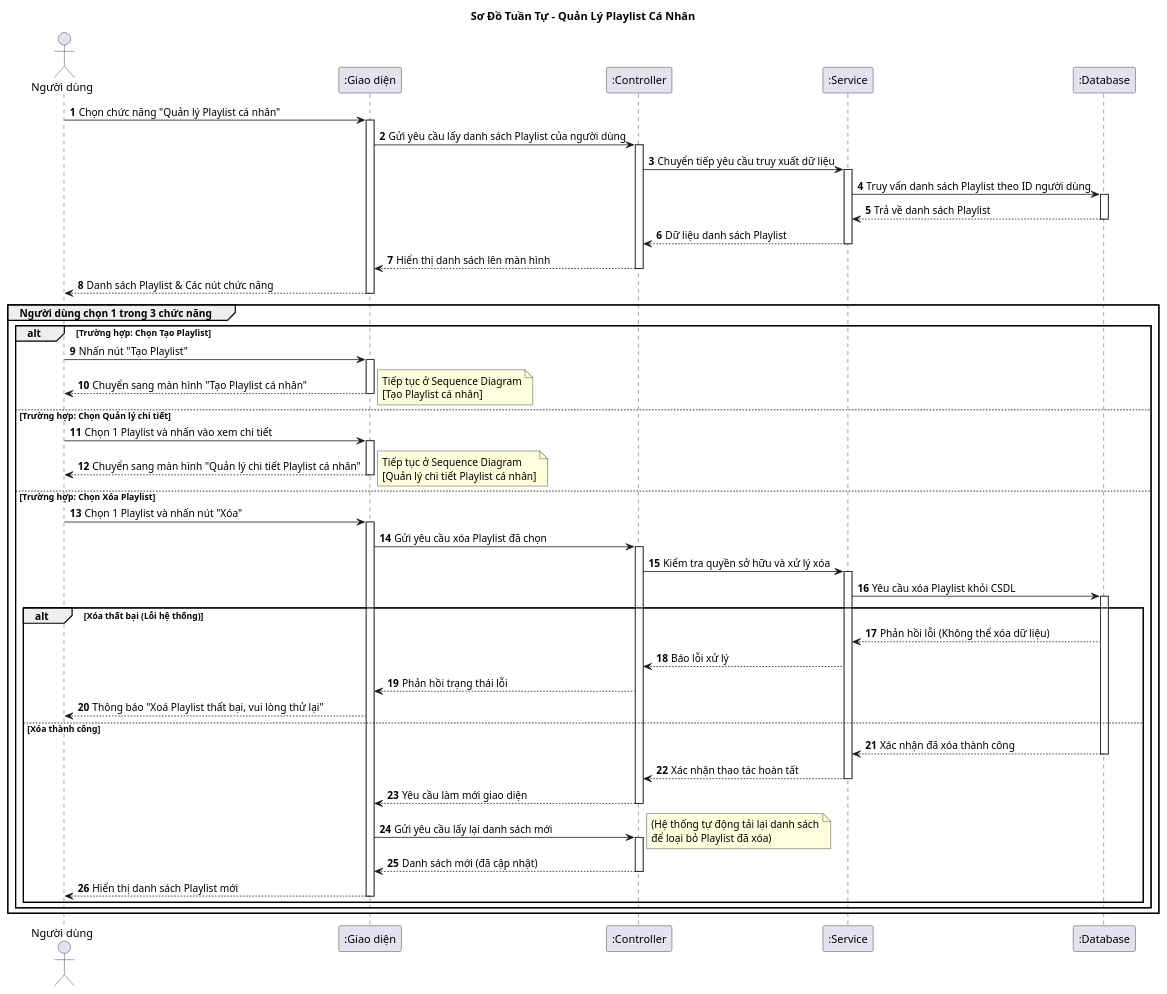
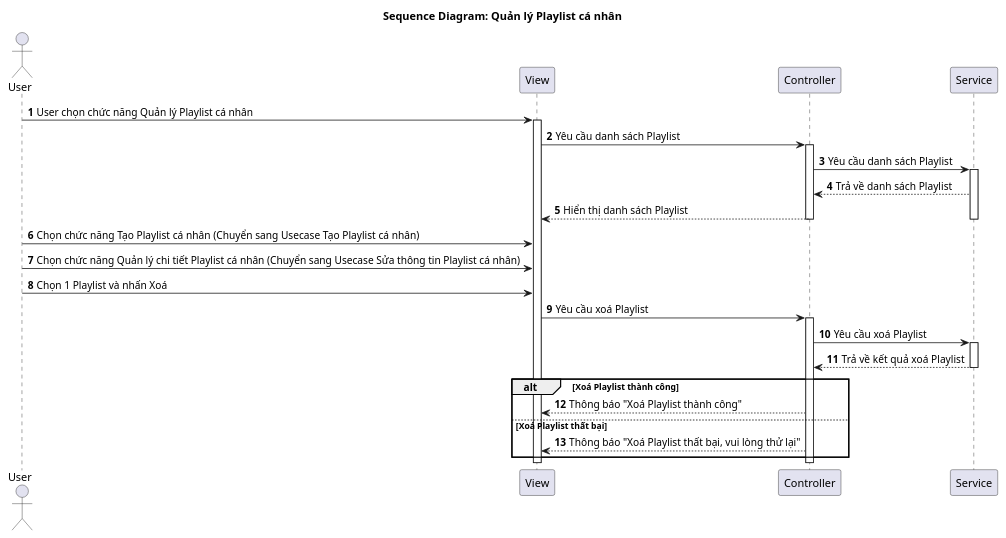
One commit to vinh047/soundwave changed the diagram in Diagrams/SequenceDiagram/ManagePlaylistSD.plantuml. Above: the diagram before and after it, drawn with PlantUML. The commit also changed 27 other files, not shown here.

Commit message:
Sửa đặc tả UC (Chia sẻ lên platform thôi,...), đơn giản hoá Sequence, sửa CD và thêm mô tả CD

```diff
--- a/Diagrams/SequenceDiagram/ManagePlaylistSD.plantuml
+++ b/Diagrams/SequenceDiagram/ManagePlaylistSD.plantuml
@@ -1,97 +1,41 @@
-@startuml Sequence Diagram - Quản Lý Playlist (Thông điệp)
+@startuml SD
 
-title Sơ Đồ Tuần Tự - Quản Lý Playlist Cá Nhân
+actor "User" as User
+participant "View" as View
+participant "Controller" as Controller
+participant "Service" as Service
 
-actor "Người dùng" as User
-participant ":Giao diện" as UI
-participant ":Controller" as Controller
-participant ":Service" as Service
-participant ":Database" as DB
+title Sequence Diagram: Quản lý Playlist cá nhân
 
 autonumber
 
-' === BƯỚC 1 & 2: TẢI DANH SÁCH (Dòng sự kiện chính 1, 2) ===
-User -> UI: Chọn chức năng "Quản lý Playlist cá nhân"
-activate UI
-UI -> Controller: Gửi yêu cầu lấy danh sách Playlist của người dùng
+User -> View: User chọn chức năng Quản lý Playlist cá nhân
+activate View
+View -> Controller: Yêu cầu danh sách Playlist
 activate Controller
-Controller -> Service: Chuyển tiếp yêu cầu truy xuất dữ liệu
+Controller -> Service: Yêu cầu danh sách Playlist
 activate Service
+Service --> Controller: Trả về danh sách Playlist
+Controller --> View: Hiển thị danh sách Playlist
+deactivate Controller
+deactivate Service
 
-Service -> DB: Truy vấn danh sách Playlist theo ID người dùng
-activate DB
-DB --> Service: Trả về danh sách Playlist
-deactivate DB
+User -> View: Chọn chức năng Tạo Playlist cá nhân (Chuyển sang Usecase Tạo Playlist cá nhân)
+User -> View: Chọn chức năng Quản lý chi tiết Playlist cá nhân (Chuyển sang Usecase Sửa thông tin Playlist cá nhân)
 
-Service --> Controller: Dữ liệu danh sách Playlist
+User -> View: Chọn 1 Playlist và nhấn Xoá
+View -> Controller: Yêu cầu xoá Playlist
+activate Controller
+Controller -> Service: Yêu cầu xoá Playlist
+activate Service
+Service --> Controller: Trả về kết quả xoá Playlist
 deactivate Service
-Controller --> UI: Hiển thị danh sách lên màn hình
+alt Xoá Playlist thành công
+Controller --> View: Thông báo "Xoá Playlist thành công"
+else Xoá Playlist thất bại
+Controller --> View: Thông báo "Xoá Playlist thất bại, vui lòng thử lại"
+end
 deactivate Controller
-UI --> User: Danh sách Playlist & Các nút chức năng
-deactivate UI
 
-' === BƯỚC 3: NGƯỜI DÙNG CHỌN CHỨC NĂNG ===
-group Người dùng chọn 1 trong 3 chức năng
-
-    ' --- Kịch bản 3.1: Tạo Playlist ---
-    alt Trường hợp: Chọn Tạo Playlist
-        User -> UI: Nhấn nút "Tạo Playlist"
-        activate UI
-        UI --> User: Chuyển sang màn hình "Tạo Playlist cá nhân"
-        note right: Tiếp tục ở Sequence Diagram\n[Tạo Playlist cá nhân]
-        deactivate UI
-    
-    ' --- Kịch bản 3.2: Quản lý chi tiết Playlist ---
-    else Trường hợp: Chọn Quản lý chi tiết
-        User -> UI: Chọn 1 Playlist và nhấn vào xem chi tiết
-        activate UI
-        UI --> User: Chuyển sang màn hình "Quản lý chi tiết Playlist cá nhân"
-        note right: Tiếp tục ở Sequence Diagram\n[Quản lý chi tiết Playlist cá nhân]
-        deactivate UI
-
-    ' --- Kịch bản 3.3: Xóa Playlist ---
-    else Trường hợp: Chọn Xóa Playlist
-        User -> UI: Chọn 1 Playlist và nhấn nút "Xóa"
-        activate UI
-        
-        UI -> Controller: Gửi yêu cầu xóa Playlist đã chọn
-        activate Controller
-        
-        Controller -> Service: Kiểm tra quyền sở hữu và xử lý xóa
-        activate Service
-        
-        ' Bước 3.3 (Ghi nhận vào CSDL)
-        Service -> DB: Yêu cầu xóa Playlist khỏi CSDL
-        activate DB
-        
-        ' --- Dòng sự kiện phụ 3.3.1 ---
-        alt Xóa thất bại (Lỗi hệ thống)
-            DB --> Service: Phản hồi lỗi (Không thể xóa dữ liệu)
-            Service --> Controller: Báo lỗi xử lý
-            Controller --> UI: Phản hồi trạng thái lỗi
-            UI --> User: Thông báo "Xoá Playlist thất bại, vui lòng thử lại"
-        
-        ' --- Dòng sự kiện chính 4 ---
-        else Xóa thành công
-            DB --> Service: Xác nhận đã xóa thành công
-            deactivate DB
-            
-            Service --> Controller: Xác nhận thao tác hoàn tất
-            deactivate Service
-            
-            ' Bước 4: Cập nhật danh sách
-            Controller --> UI: Yêu cầu làm mới giao diện
-            deactivate Controller
-            
-            UI -> Controller: Gửi yêu cầu lấy lại danh sách mới
-            activate Controller
-            note right: (Hệ thống tự động tải lại danh sách\nđể loại bỏ Playlist đã xóa)
-            Controller --> UI: Danh sách mới (đã cập nhật)
-            deactivate Controller
-            
-            UI --> User: Hiển thị danh sách Playlist mới
-            deactivate UI
-        end
-    end
-end
+deactivate View
 @enduml
```
